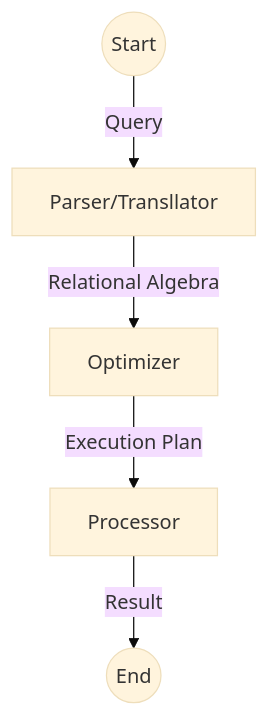
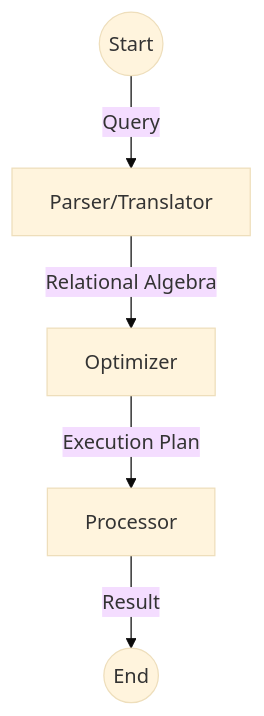
Before and after one commit to MoisesAdame/obsidian-notes: the diagram in Technologies/SQL/Database Generalities/1. Query Processing & Relational Algebra.md, drawn with Mermaid (base theme). The commit also changed 2 other files, not shown here.

Commit message:
vault backup: 2024-11-26 20:41:20

````diff
--- a/Technologies/SQL/Database Generalities/1. Query Processing & Relational Algebra.md
+++ b/Technologies/SQL/Database Generalities/1. Query Processing & Relational Algebra.md
@@ -12,7 +12,7 @@
 ```mermaid
 graph TB
- A((Start)) --> |Query| B[Parser/Transllator]
+ A((Start)) --> |Query| B[Parser/Translator]
  B --> |Relational Algebra| C[Optimizer]
  C --> |Execution Plan| D[Processor]
  D --> |Result| E((End))
 ```
````
